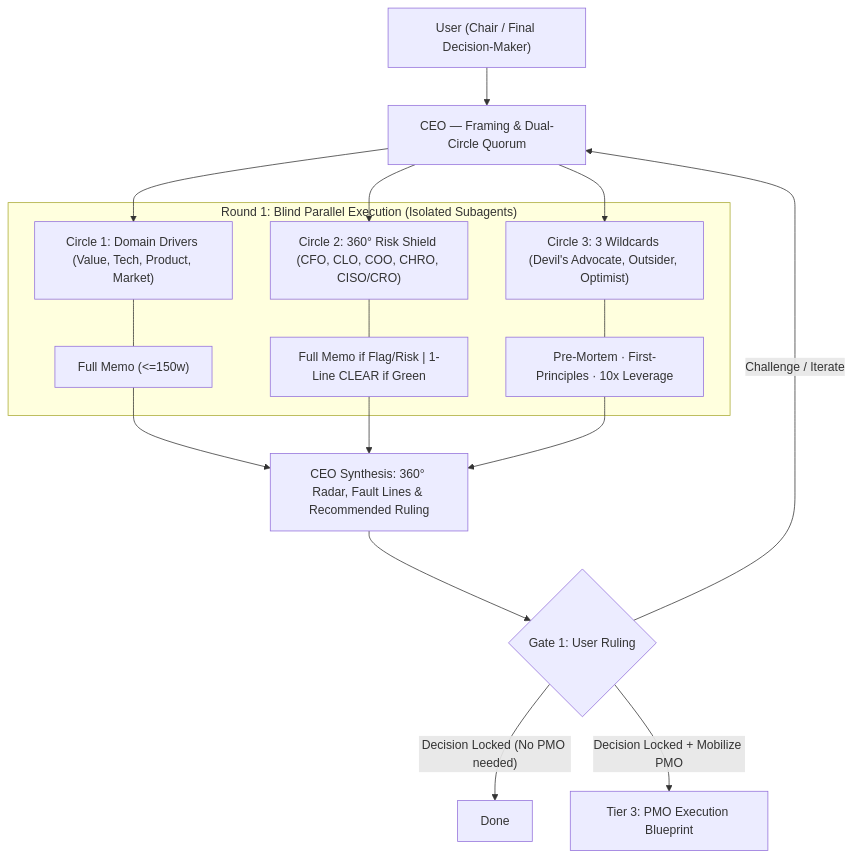
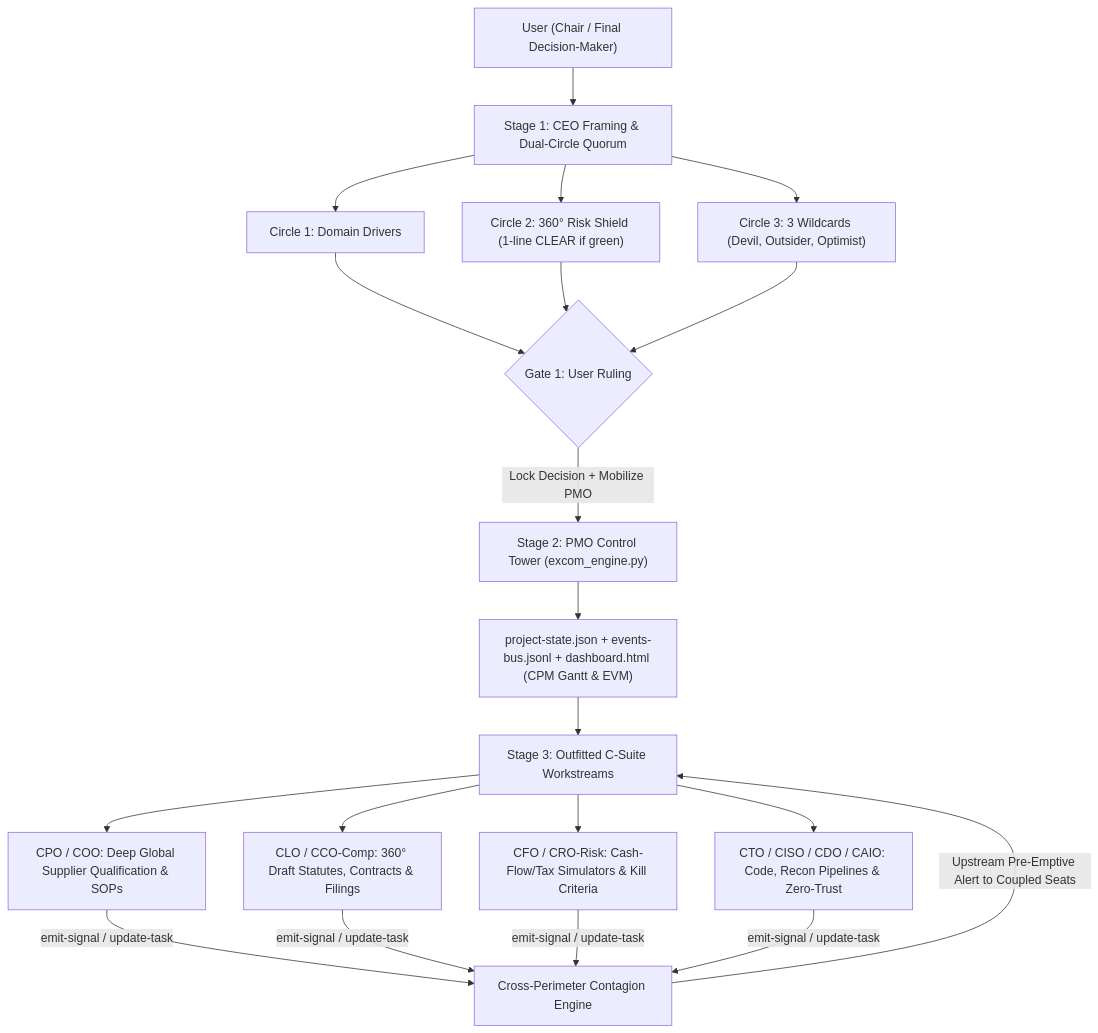
Before and after one commit to Foch1974/ExCom: the diagram in README.md, drawn with Mermaid. The commit also changed other lines of this file and 12 other files, not shown here.

Commit message:
feat(v2.0): add CPM/PERT/EVM Control Tower, Cross-Perimeter Contagion Bus & SOTA 2026 toolkits for all 25 roles

````diff
--- a/README.md
+++ b/README.md
@@ -34,19 +31,20 @@
 ```mermaid
 flowchart TD
-    U["User (Chair / Final Decision-Maker)"] --> CEO["CEO — Framing & Dual-Circle Quorum"]
-    CEO --> C1["Circle 1: Domain Drivers (Value, Tech, Product, Market)"]
-    CEO --> C2["Circle 2: 360° Risk Shield (CFO, CLO, COO, CHRO, CISO/CRO)"]
-    CEO --> C3["Circle 3: 3 Wildcards (Devil's Advocate, Outsider, Optimist)"]
+    U["User (Chair / Final Decision-Maker)"] --> CEO["Stage 1: CEO Framing & Dual-Circle Quorum"]
+    CEO --> C1["Circle 1: Domain Drivers"]
+    CEO --> C2["Circle 2: 360° Risk Shield (1-line CLEAR if green)"]
+    CEO --> C3["Circle 3: 3 Wildcards (Devil, Outsider, Optimist)"]
 
-    subgraph Blind_Round_1 ["Round 1: Blind Parallel Execution (Isolated Subagents)"]
-        C1 --- DD["Full Memo (<=150w)"]
-        C2 --- RS["Full Memo if Flag/Risk | 1-Line CLEAR if Green"]
-        C3 --- WC["Pre-Mortem · First-Principles · 10x Leverage"]
-    end
+    C1 & C2 & C3 --> GATE1{"Gate 1: User Ruling"}
+    GATE1 -- "Lock Decision + Mobilize PMO" --> PMO["Stage 2: PMO Control Tower (excom_engine.py)"]
+    PMO --> TWIN["project-state.json + events-bus.jsonl + dashboard.html (CPM Gantt & EVM)"]
 
-    DD & RS & WC --> ARB["CEO Synthesis: 360° Radar, Fault Lines & Recommended Ruling"]
-    ARB --> GATE1{"Gate 1: User Ruling"}
-    GATE1 -- "Challenge / Iterate" --> CEO
-    GATE1 -- "Decision Locked (No PMO needed)" --> DONE["Done"]
-    GATE1 -- "Decision Locked + Mobilize PMO" --> PMO["Tier 3: PMO Execution Blueprint"]
+    TWIN --> EXEC["Stage 3: Outfitted C-Suite Workstreams"]
+    EXEC --> D_CPO["CPO / COO: Deep Global Supplier Qualification & SOPs"]
+    EXEC --> D_CLO["CLO / CCO-Comp: 360° Draft Statutes, Contracts & Filings"]
+    EXEC --> D_CFO["CFO / CRO-Risk: Cash-Flow/Tax Simulators & Kill Criteria"]
+    EXEC --> D_CTO["CTO / CISO / CDO / CAIO: Code, Recon Pipelines & Zero-Trust"]
+
+    D_CPO & D_CLO & D_CFO & D_CTO -- "emit-signal / update-task" --> BUS["Cross-Perimeter Contagion Engine"]
+    BUS -- "Upstream Pre-Emptive Alert to Coupled Seats" --> EXEC
 ```
````
